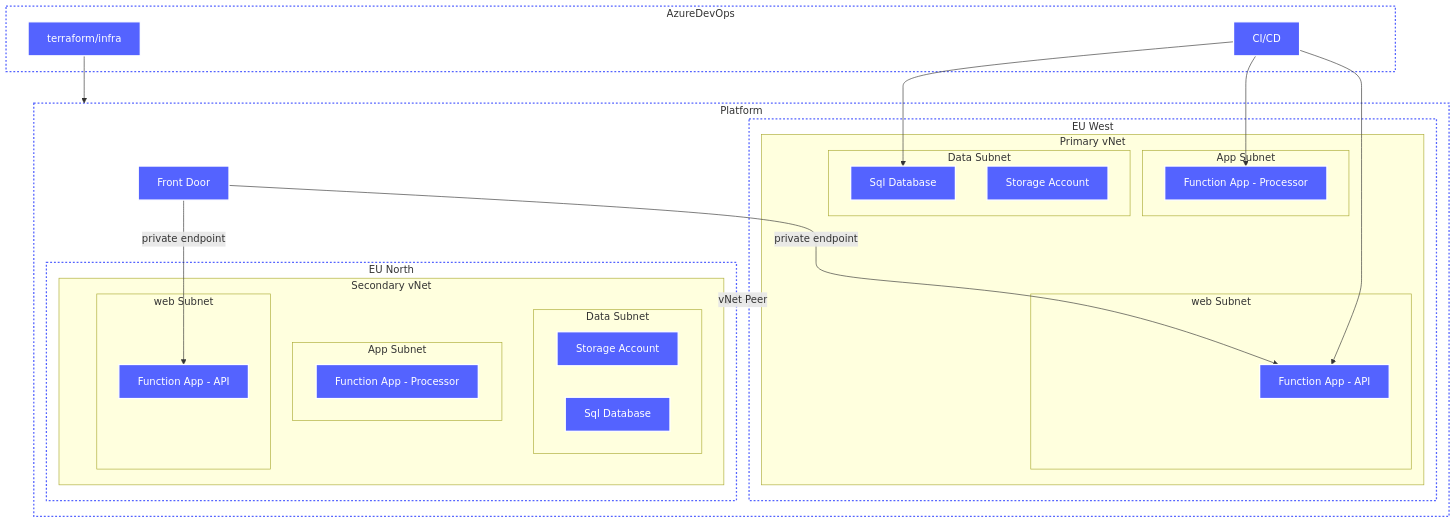
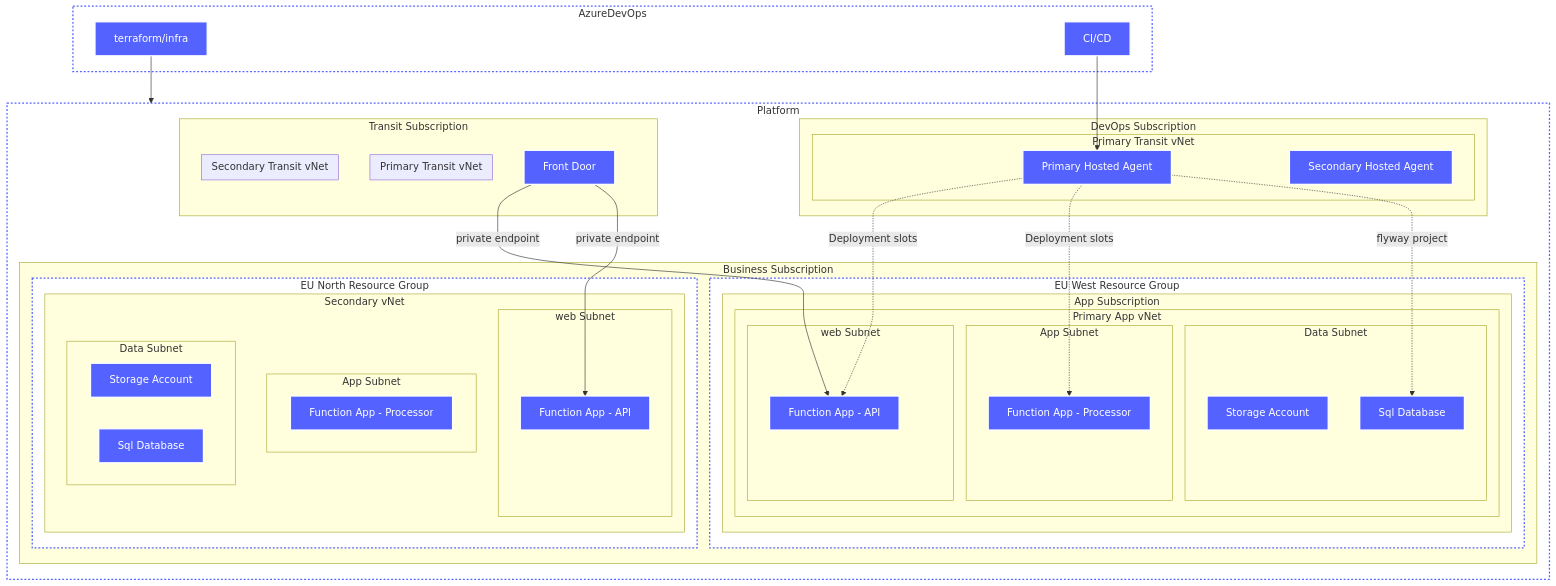
One commit to dermotreynolds/data.io.docs changed the second of 2 diagrams in other/Example.md. Above: the diagram before and after it, drawn with Mermaid.

```diff
--- a/other/Example.md
+++ b/other/Example.md
@@ -110,49 +110,81 @@
     end
 
     d101 --> Group1
-    d102 --> d201
-    d102 --> d202
-    d102 --> d204
+    d102 --> d205
+
 
     subgraph Group1[Platform]
 
-        d200[Front Door]:::DeviceClass
 
         d200 --> |private endpoint|d201
         d200 --> |private endpoint|d301
 
-        subgraph Group2[EU West]
-            subgraph Group10[Primary vNet]
-                subgraph Group11[web Subnet]
-                    d201[Function App - API]:::DeviceClass
-                end 
+        subgraph Group102[Transit Subscription]
+            d200[Front Door]:::DeviceClass
+            subgraph Group30[Primary Transit vNet]
 
-                subgraph Group12[App Subnet]
-                    d202[Function App - Processor]:::DeviceClass
-                end
+            end
 
-                subgraph Group13[Data Subnet]
-                    d203[Storage Account]:::DeviceClass
-                    d204[Sql Database]:::DeviceClass
+            subgraph Group31[Secondary Transit vNet]
+
+            end
+
+        end
+
+        subgraph Group101[DevOps Subscription]
+            subgraph Group40[Primary Transit vNet]
+                d205[Primary Hosted Agent]:::DeviceClass
+            end
+
+            subgraph Group40[Secondary Transit vNet]
+                d206[Secondary Hosted Agent]:::DeviceClass
+            end            
+        end
+
+
+        subgraph Group103[Business Subscription]
+            subgraph Group2[EU West Resource Group]
+                subgraph Group100[App Subscription]
+                    subgraph Group10[Primary App vNet]
+                        subgraph Group11[web Subnet]
+                            d201[Function App - API]:::DeviceClass
+                        end 
+
+                        subgraph Group12[App Subnet]
+                            d202[Function App - Processor]:::DeviceClass
+                        end
+
+                        subgraph Group13[Data Subnet]
+                            d203[Storage Account]:::DeviceClass
+                            d204[Sql Database]:::DeviceClass
+                            
+                        end
+                    end
                 end
             end
-        end
 
-        Group10 --> |vNet Peer|Group20
+            d205 -.-> |Deployment slots |d201
+            d205 -.-> |Deployment slots |d202
+            d205 -.-> |flyway project |d204
 
-        subgraph Group3[EU North]
-            subgraph Group20[Secondary vNet]
-                subgraph Group21[web Subnet]
-                    d301[Function App - API]:::DeviceClass
+            
+
+            subgraph Group3[EU North Resource Group]
+            
+                subgraph Group20[Secondary vNet]
+                    subgraph Group21[web Subnet]
+                        d301[Function App - API]:::DeviceClass
+                    end
+                    subgraph Group22[App Subnet]
+                        d302[Function App - Processor]:::DeviceClass
+                    end            
+                    subgraph Group23[Data Subnet]
+                        d303[Storage Account]:::DeviceClass
+                        d304[Sql Database]:::DeviceClass
+                    end            
                 end
-                subgraph Group22[App Subnet]
-                    d302[Function App - Processor]:::DeviceClass
-                end            
-                subgraph Group23[Data Subnet]
-                    d303[Storage Account]:::DeviceClass
-                    d304[Sql Database]:::DeviceClass
-                end            
             end
+            
         end
 
     end
```
